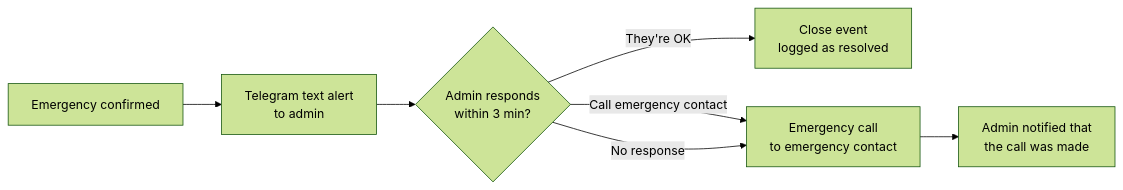
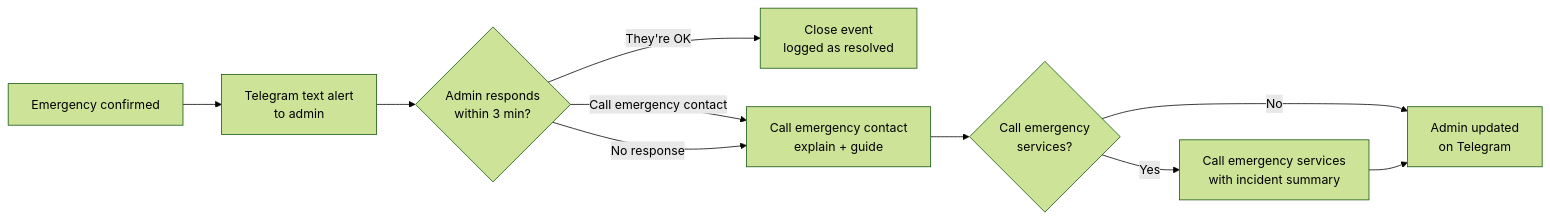
Before and after one commit to derek2403/sentry: the first of 2 diagrams in README.md, drawn with Mermaid (forest theme). The commit also changed other lines of this file and 1 other file, not shown here.

Commit message:
docs: add detailed demo script and update emergency call workflow in README

````diff
--- a/README.md
+++ b/README.md
@@ -51,9 +55,12 @@
 ```mermaid
 flowchart LR
     A["Emergency confirmed"] --> B["Telegram text alert<br/>to admin"]
     B --> C{"Admin responds<br/>within 3 min?"}
     C -->|"They're OK"| D["Close event<br/>logged as resolved"]
-    C -->|"Call emergency contact"| E["Emergency call<br/>to emergency contact"]
+    C -->|"Call emergency contact"| E["Call emergency contact<br/>explain + guide"]
     C -->|"No response"| E
-    E --> F["Admin notified that<br/>the call was made"]
+    E --> G{"Call emergency<br/>services?"}
+    G -->|"Yes"| H["Call emergency services<br/>with incident summary"]
+    G -->|"No"| F["Admin updated<br/>on Telegram"]
+    H --> F
 ```
````
